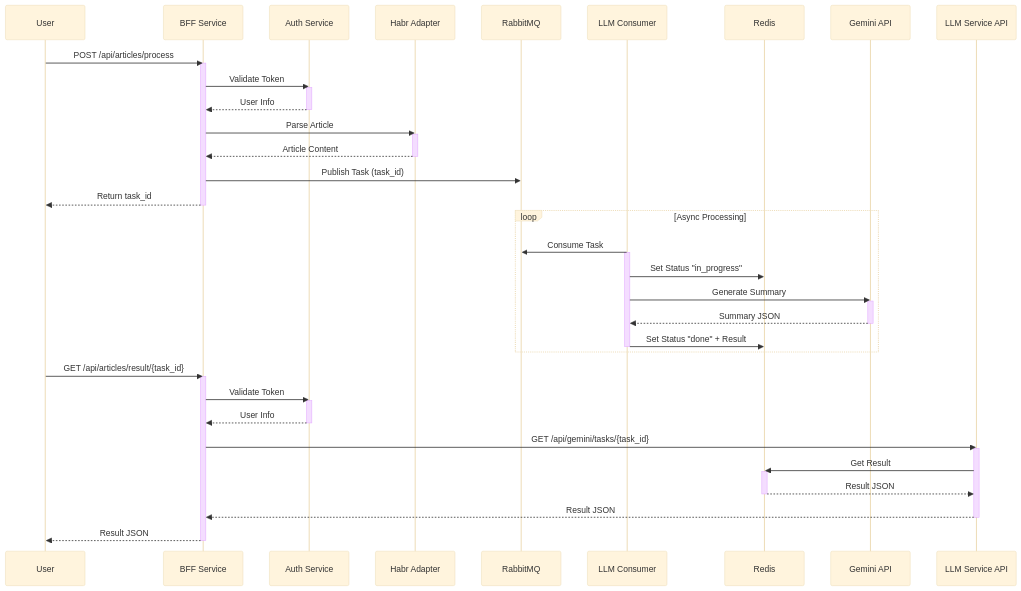
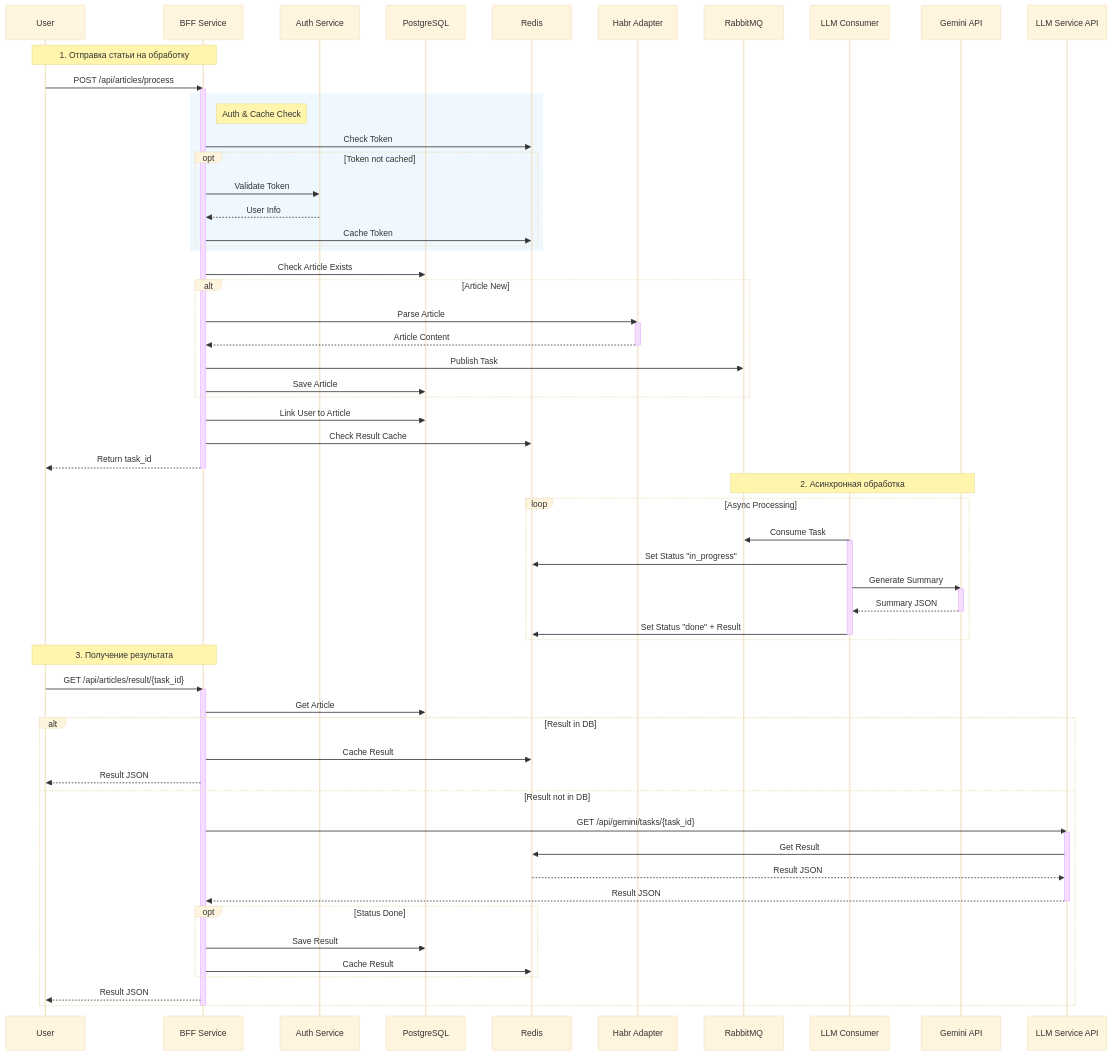
One commit to ddreamboy/habr_parser_ai changed the diagram in README.md. Above: the diagram before and after it, drawn with Mermaid (base theme).

````diff
--- a/README.md
+++ b/README.md
@@ -46,55 +46,82 @@
 ```mermaid
 sequenceDiagram
     participant User
     participant BFF as BFF Service
     participant Auth as Auth Service
+    participant DB as PostgreSQL
+    participant Redis
     participant Habr as Habr Adapter
     participant RMQ as RabbitMQ
     participant Worker as LLM Consumer
-    participant Redis
     participant Gemini as Gemini API
     participant LLMAPI as LLM Service API
 
+    Note over User, BFF: 1. Отправка статьи на обработку
     User->>BFF: POST /api/articles/process
     activate BFF
-    BFF->>Auth: Validate Token
-    activate Auth
-    Auth-->>BFF: User Info
-    deactivate Auth
-    BFF->>Habr: Parse Article
-    activate Habr
-    Habr-->>BFF: Article Content
-    deactivate Habr
-    BFF->>RMQ: Publish Task (task_id)
+    
+    rect rgb(240, 248, 255)
+    Note right of BFF: Auth & Cache Check
+    BFF->>Redis: Check Token
+    opt Token not cached
+        BFF->>Auth: Validate Token
+        Auth-->>BFF: User Info
+        BFF->>Redis: Cache Token
+    end
+    end
+
+    BFF->>DB: Check Article Exists
+    
+    alt Article New
+        BFF->>Habr: Parse Article
+        activate Habr
+        Habr-->>BFF: Article Content
+        deactivate Habr
+        BFF->>RMQ: Publish Task
+        BFF->>DB: Save Article
+    end
+    
+    BFF->>DB: Link User to Article
+    BFF->>Redis: Check Result Cache
     BFF-->>User: Return task_id
     deactivate BFF
 
+    Note over RMQ, Gemini: 2. Асинхронная обработка
     loop Async Processing
         Worker->>RMQ: Consume Task
         activate Worker
         Worker->>Redis: Set Status "in_progress"
         Worker->>Gemini: Generate Summary
         activate Gemini
         Gemini-->>Worker: Summary JSON
         deactivate Gemini
         Worker->>Redis: Set Status "done" + Result
         deactivate Worker
     end
 
+    Note over User, BFF: 3. Получение результата
     User->>BFF: GET /api/articles/result/{task_id}
     activate BFF
-    BFF->>Auth: Validate Token
-    activate Auth
-    Auth-->>BFF: User Info
-    deactivate Auth
-    BFF->>LLMAPI: GET /api/gemini/tasks/{task_id}
-    activate LLMAPI
-    LLMAPI->>Redis: Get Result
-    activate Redis
-    Redis-->>LLMAPI: Result JSON
-    deactivate Redis
-    LLMAPI-->>BFF: Result JSON
-    deactivate LLMAPI
-    BFF-->>User: Result JSON
+    
+    BFF->>DB: Get Article
+    
+    alt Result in DB
+        BFF->>Redis: Cache Result
+        BFF-->>User: Result JSON
+    else Result not in DB
+        BFF->>LLMAPI: GET /api/gemini/tasks/{task_id}
+        activate LLMAPI
+        LLMAPI->>Redis: Get Result
+        Redis-->>LLMAPI: Result JSON
+        LLMAPI-->>BFF: Result JSON
+        deactivate LLMAPI
+        
+        opt Status Done
+            BFF->>DB: Save Result
+            BFF->>Redis: Cache Result
+        end
+        
+        BFF-->>User: Result JSON
+    end
     deactivate BFF
 ```
````
